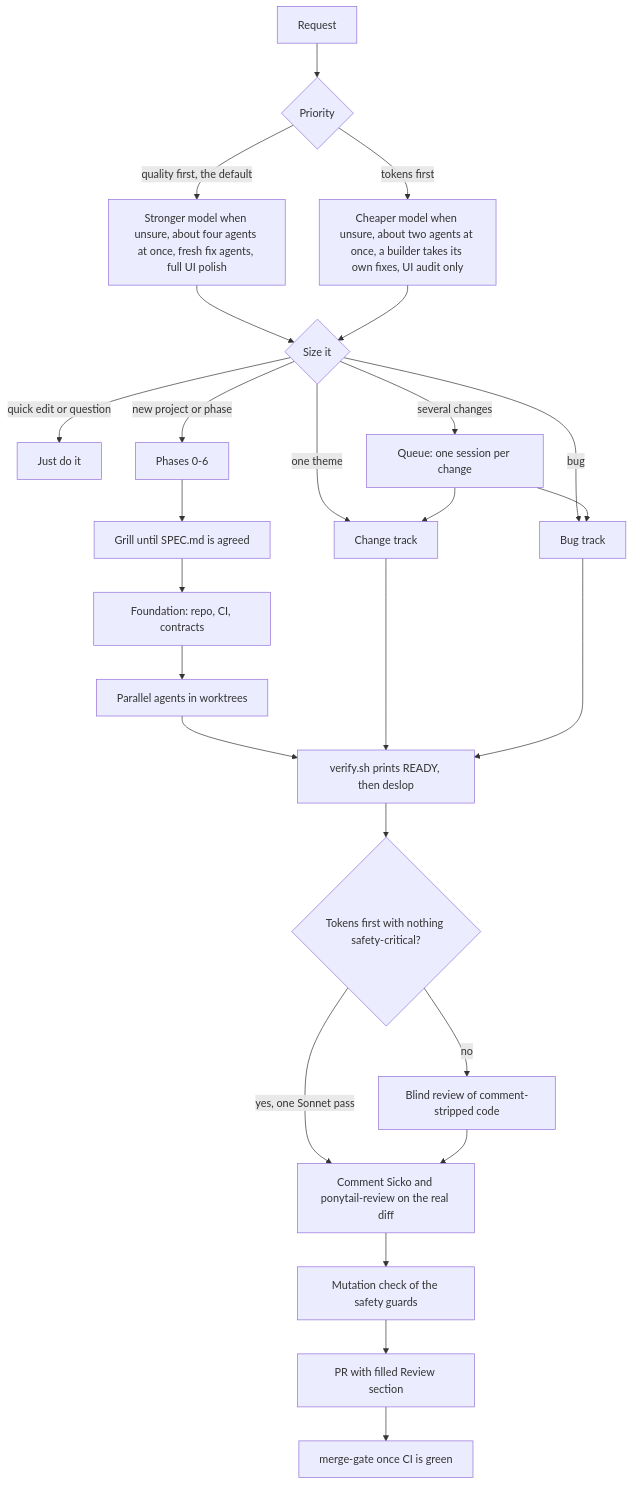
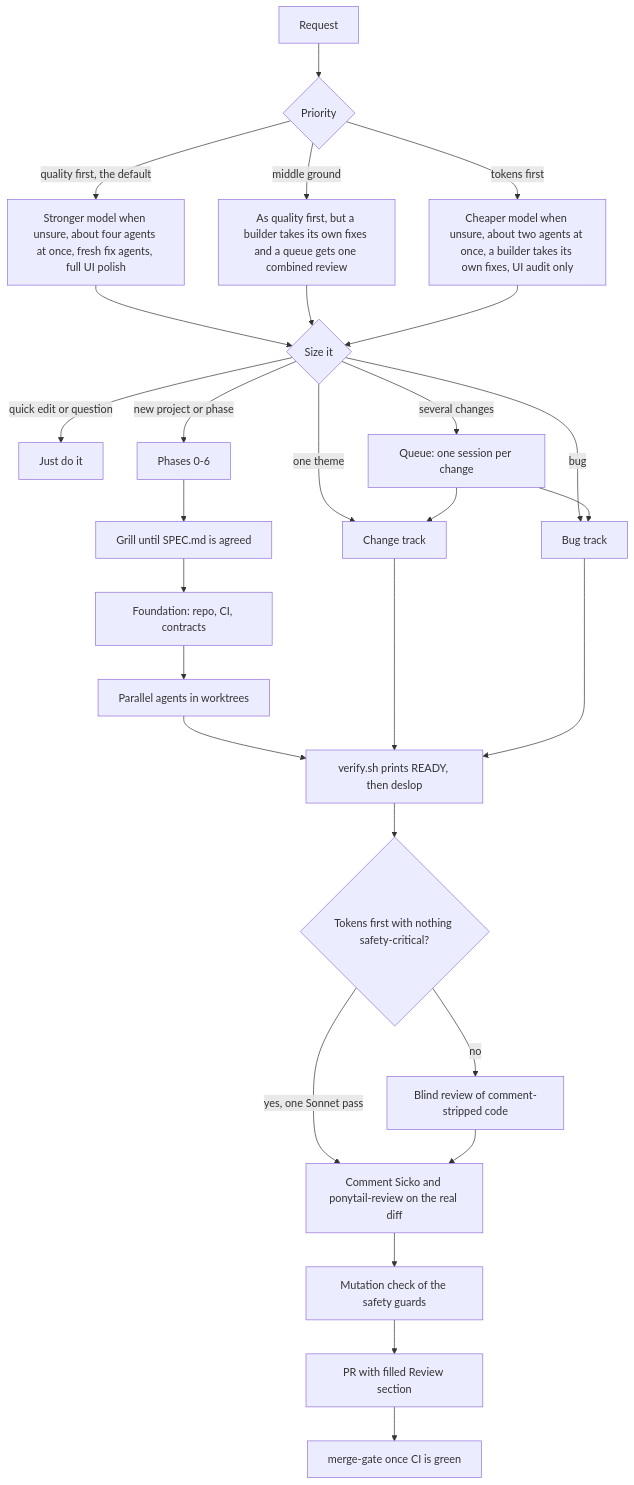
One commit to owenbonc/orchestrator-skill changed the diagram in README.md. Above: the diagram before and after it, drawn with Mermaid. The commit also changed other lines of this file and 3 other files, not shown here.

Commit message:
A middle-ground priority: quality first, except that a fix round goes back to its builder and a queue gets one combined review

````diff
--- a/README.md
+++ b/README.md
@@ -9,28 +9,30 @@
 ```mermaid
 flowchart TD
     R[Request] --> PQ{Priority}
     PQ -->|quality first, the default| QF[Stronger model when unsure, about four agents at once, fresh fix agents, full UI polish]
+    PQ -->|middle ground| MG[As quality first, but a builder takes its own fixes and a queue gets one combined review]
     PQ -->|tokens first| TF[Cheaper model when unsure, about two agents at once, a builder takes its own fixes, UI audit only]
     QF --> S{Size it}
+    MG --> S
     TF --> S
     S -->|quick edit or question| D[Just do it]
     S -->|one theme| C[Change track]
     S -->|bug| B[Bug track]
     S -->|several changes| Q[Queue: one session per change]
     S -->|new project or phase| P[Phases 0-6]
     Q --> C
     Q --> B
     P --> G[Grill until SPEC.md is agreed]
     G --> F[Foundation: repo, CI, contracts]
     F --> A[Parallel agents in worktrees]
     A --> V
     C --> V
     B --> V
     V[verify.sh prints READY, then deslop] --> NS{Tokens first with nothing safety-critical?}
     NS -->|no| BL[Blind review of comment-stripped code]
     NS -->|yes, one Sonnet pass| RV
     BL --> RV[Comment Sicko and ponytail-review on the real diff]
     RV --> MU[Mutation check of the safety guards]
     MU --> PR[PR with filled Review section]
     PR --> M[merge-gate once CI is green]
 ```
````
